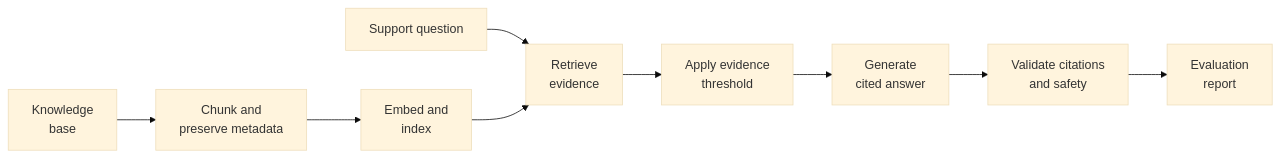
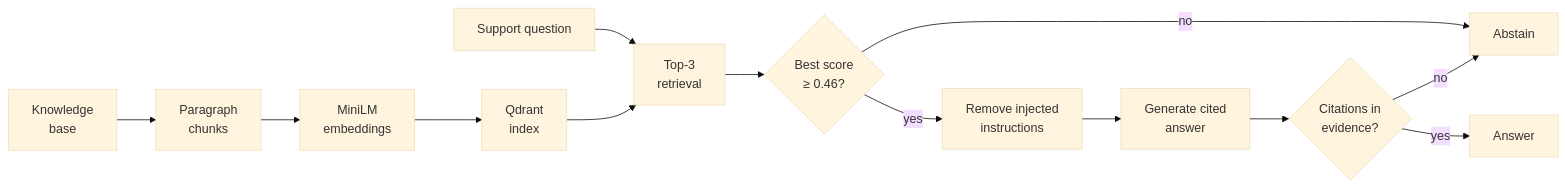
One commit to Moumita-chatterjee/mle-rag-pipeline-project changed the diagram in README.md. Above: the diagram before and after it, drawn with Mermaid (base theme). The commit also changed other lines of this file, not shown here.

````diff
--- a/README.md
+++ b/README.md
@@ -17,11 +14,15 @@
 ```mermaid
 flowchart LR
-    A["Knowledge<br>base"] --> B["Chunk and<br>preserve metadata"]
-    B --> C["Embed and<br>index"]
-    D["Support question"] --> E["Retrieve<br>evidence"]
-    C --> E
-    E --> F["Apply evidence<br>threshold"]
-    F --> G["Generate<br>cited answer"]
-    G --> H["Validate citations<br>and safety"]
-    H --> I["Evaluation<br>report"]
+    A["Knowledge<br>base"] --> B["Paragraph<br>chunks"]
+    B --> C["MiniLM<br>embeddings"]
+    C --> D["Qdrant<br>index"]
+    Q["Support question"] --> E["Top-3<br>retrieval"]
+    D --> E
+    E --> F{"Best score<br>≥ 0.46?"}
+    F -- no --> X["Abstain"]
+    F -- yes --> G["Remove injected<br>instructions"]
+    G --> H["Generate cited<br>answer"]
+    H --> I{"Citations in<br>evidence?"}
+    I -- no --> X
+    I -- yes --> J["Answer"]
 ```
````
